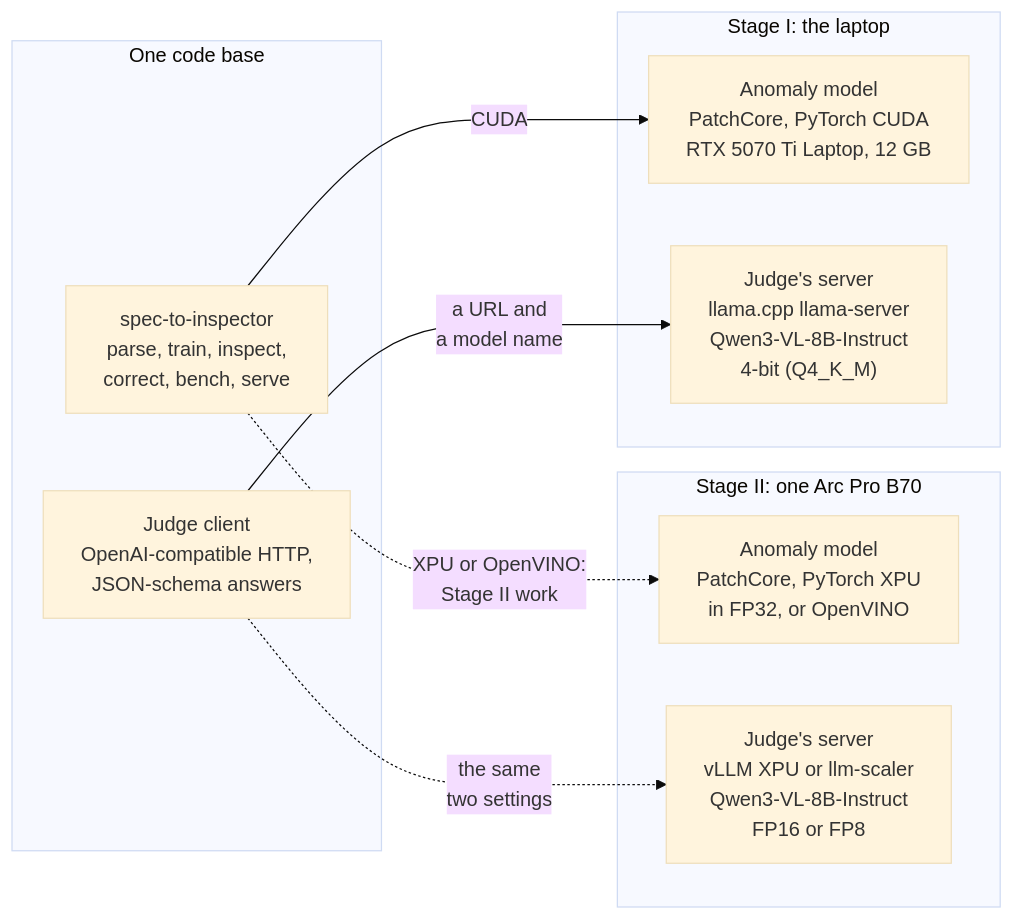
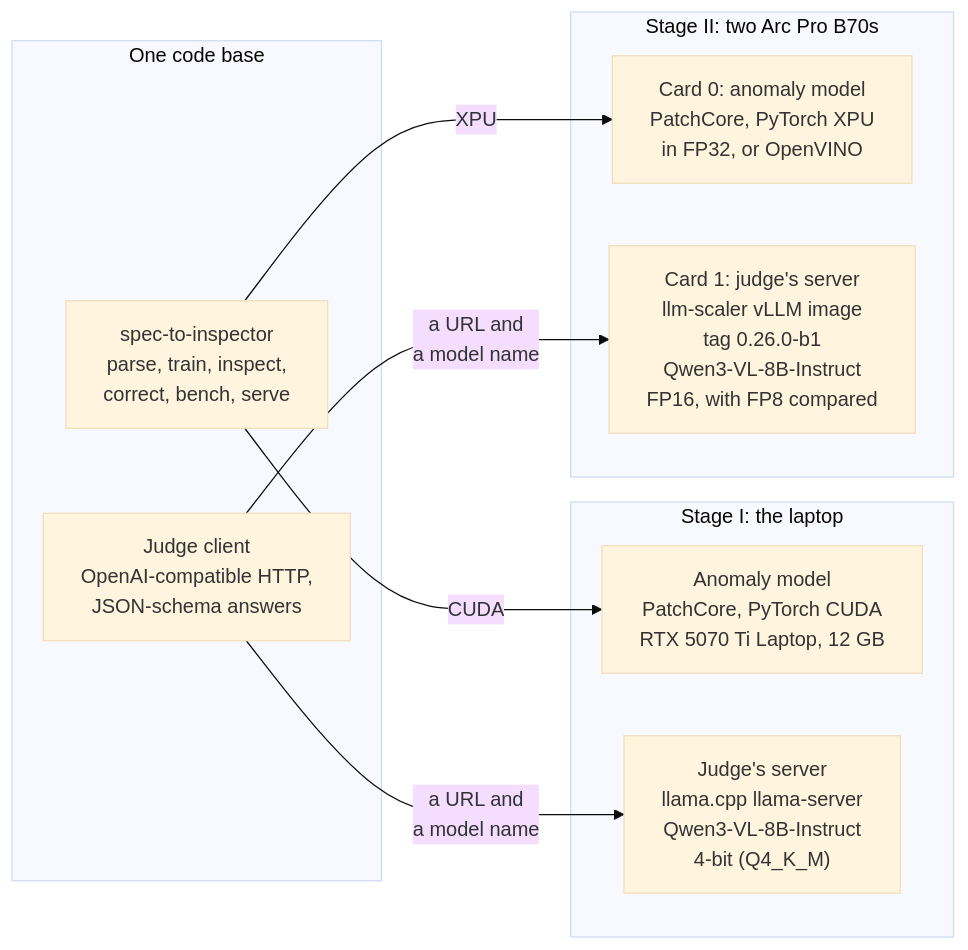
The second of 2 diagrams in docs/architecture.md (BrianIsaac/spec-to-inspector), drawn with Mermaid (base theme) before and after one commit. The commit also changed other lines of this file and 3 other files, not shown here.

First line of the commit message:
docs: README, architecture and third-party pages agree with the machine

````diff
--- a/docs/architecture.md
+++ b/docs/architecture.md
@@ -71,22 +71,22 @@
 ```mermaid
 flowchart LR
     subgraph code["One code base"]
         CLI["spec-to-inspector<br/>parse, train, inspect,<br/>correct, bench, serve"]
         CLIENT["Judge client<br/>OpenAI-compatible HTTP,<br/>JSON-schema answers"]
     end
 
-    subgraph b70["Stage II: one Arc Pro B70"]
-        A2["Anomaly model<br/>PatchCore, PyTorch XPU<br/>in FP32, or OpenVINO"]
-        V2["Judge's server<br/>vLLM XPU or llm-scaler<br/>Qwen3-VL-8B-Instruct<br/>FP16 or FP8"]
-    end
-
     subgraph laptop["Stage I: the laptop"]
         A1["Anomaly model<br/>PatchCore, PyTorch CUDA<br/>RTX 5070 Ti Laptop, 12 GB"]
         V1["Judge's server<br/>llama.cpp llama-server<br/>Qwen3-VL-8B-Instruct<br/>4-bit (Q4_K_M)"]
     end
 
-    CLI -.->|"XPU or OpenVINO:<br/>Stage II work"| A2
-    CLIENT -.->|"the same<br/>two settings"| V2
+    subgraph b70["Stage II: two Arc Pro B70s"]
+        A2["Card 0: anomaly model<br/>PatchCore, PyTorch XPU<br/>in FP32, or OpenVINO"]
+        V2["Card 1: judge's server<br/>llm-scaler vLLM image<br/>tag 0.26.0-b1<br/>Qwen3-VL-8B-Instruct<br/>FP16, with FP8 compared"]
+    end
+
+    CLI -->|"XPU"| A2
+    CLIENT -->|"a URL and<br/>a model name"| V2
     CLI -->|"CUDA"| A1
     CLIENT -->|"a URL and<br/>a model name"| V1
 ```
````
